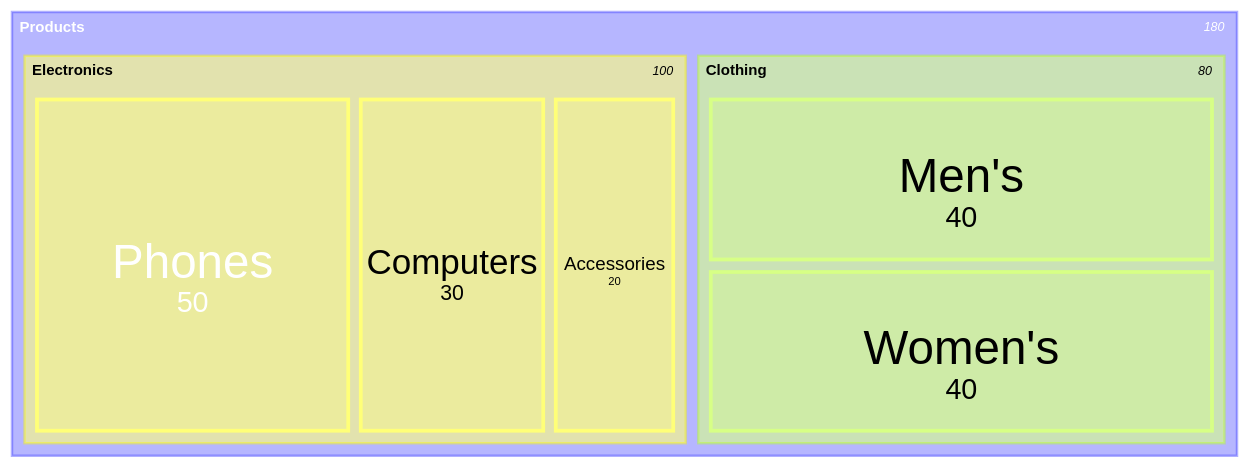
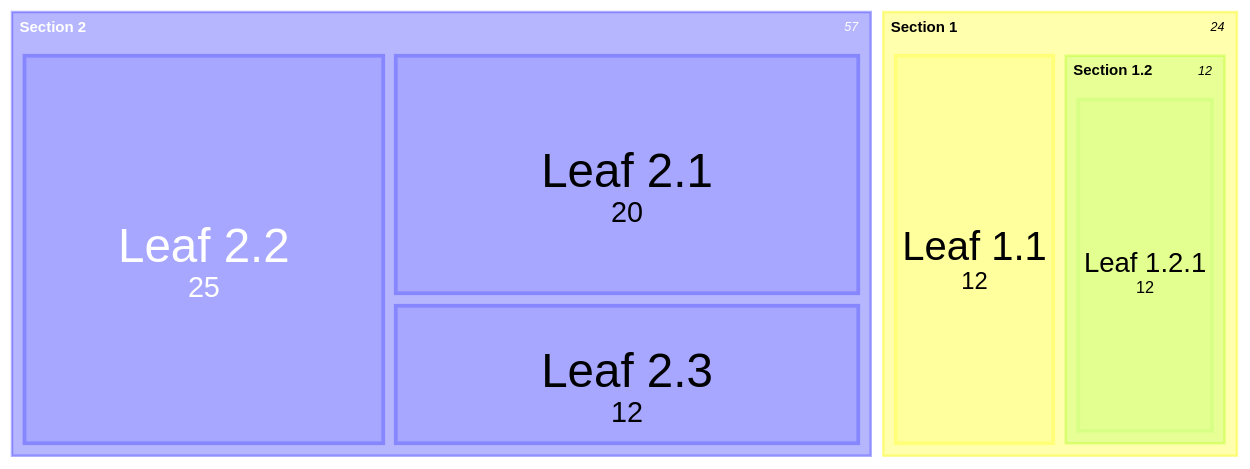
One commit to hobby-pc2026/linux-install changed the diagram in linux-install-02.md. Above: the diagram before and after it, drawn with Mermaid.

````diff
--- a/linux-install-02.md
+++ b/linux-install-02.md
@@ -3,11 +3,11 @@
 ```mermaid
 treemap-beta
-"Products"
-    "Electronics"
-        "Phones": 50
-        "Computers": 30
-        "Accessories": 20
-    "Clothing"
-        "Men's": 40
-        "Women's": 40
+"Section 1"
+    "Leaf 1.1": 12
+    "Section 1.2":::class1
+      "Leaf 1.2.1": 12
+"Section 2"
+    "Leaf 2.1": 20:::class1
+    "Leaf 2.2": 25
+    "Leaf 2.3": 12
 ```
````
